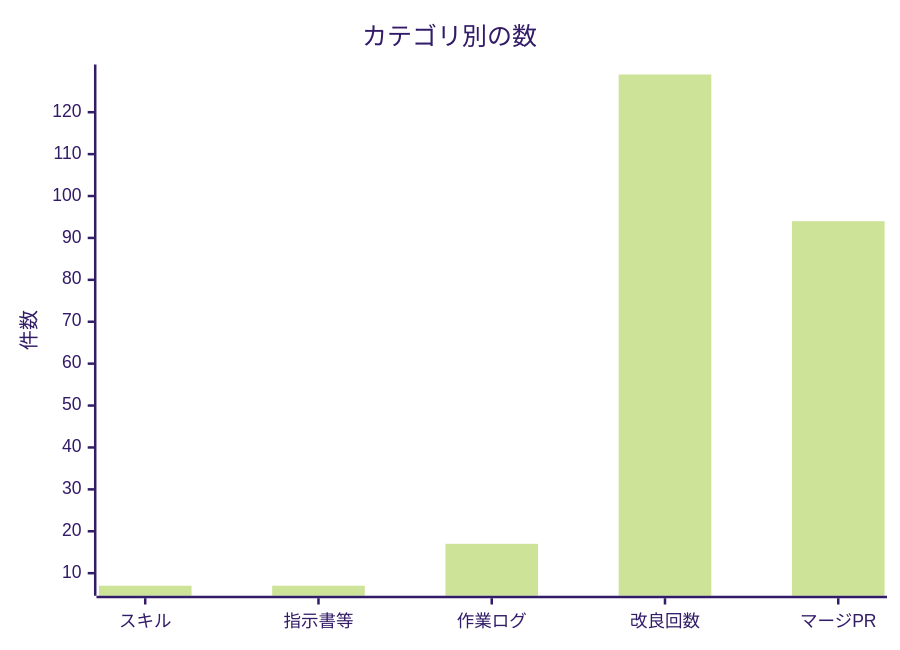
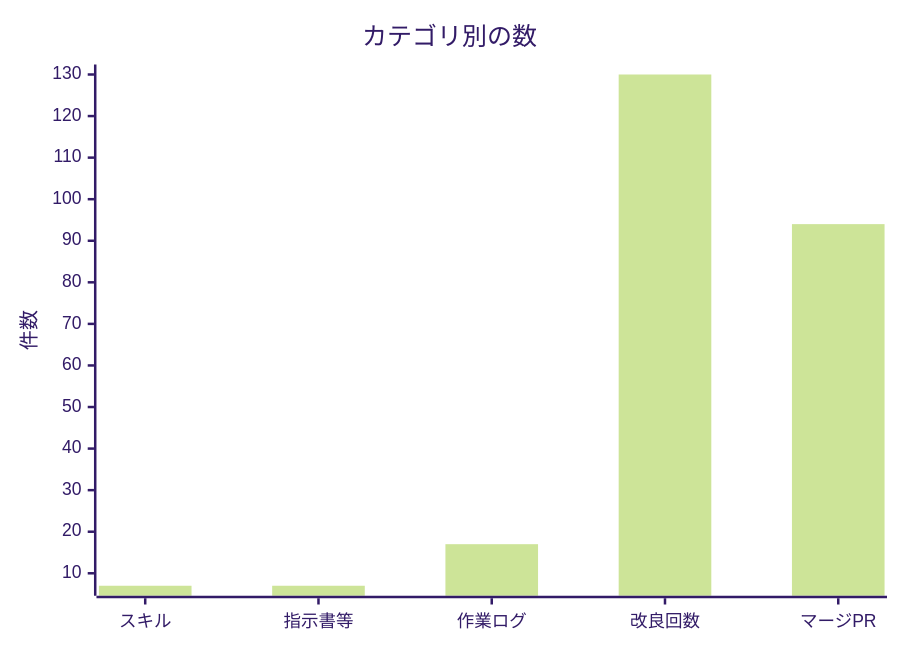
The second of 2 diagrams in docs/進化レポート.md (non-x2/non-x2), drawn with Mermaid (forest theme) before and after one commit. The commit also changed other lines of this file and 1 other file, not shown here.

````diff
--- a/docs/進化レポート.md
+++ b/docs/進化レポート.md
@@ -35,7 +35,7 @@
 ```mermaid
 xychart-beta
     title "カテゴリ別の数"
     x-axis ["スキル", "指示書等", "作業ログ", "改良回数", "マージPR"]
     y-axis "件数"
-    bar [7, 7, 17, 129, 94]
+    bar [7, 7, 17, 130, 94]
 ```
````
